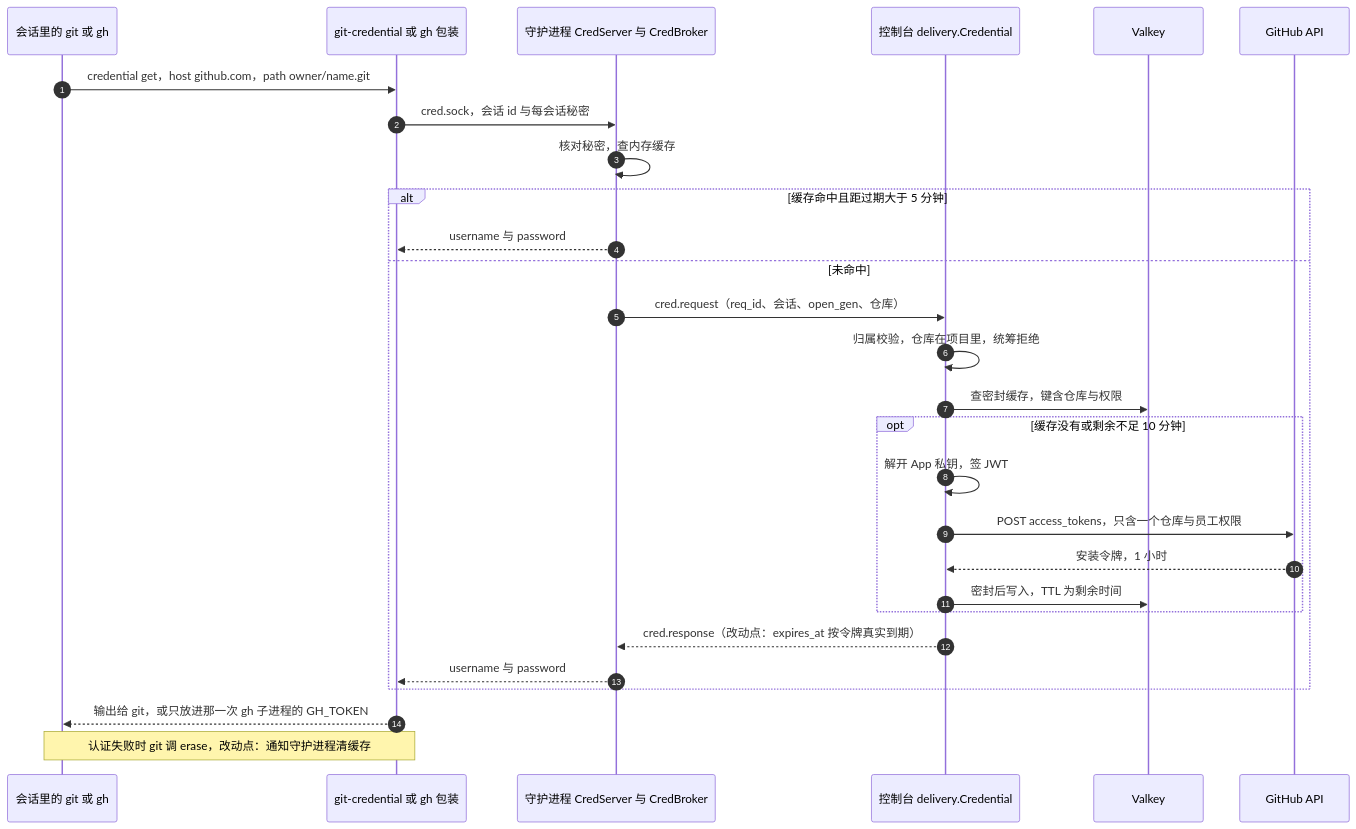
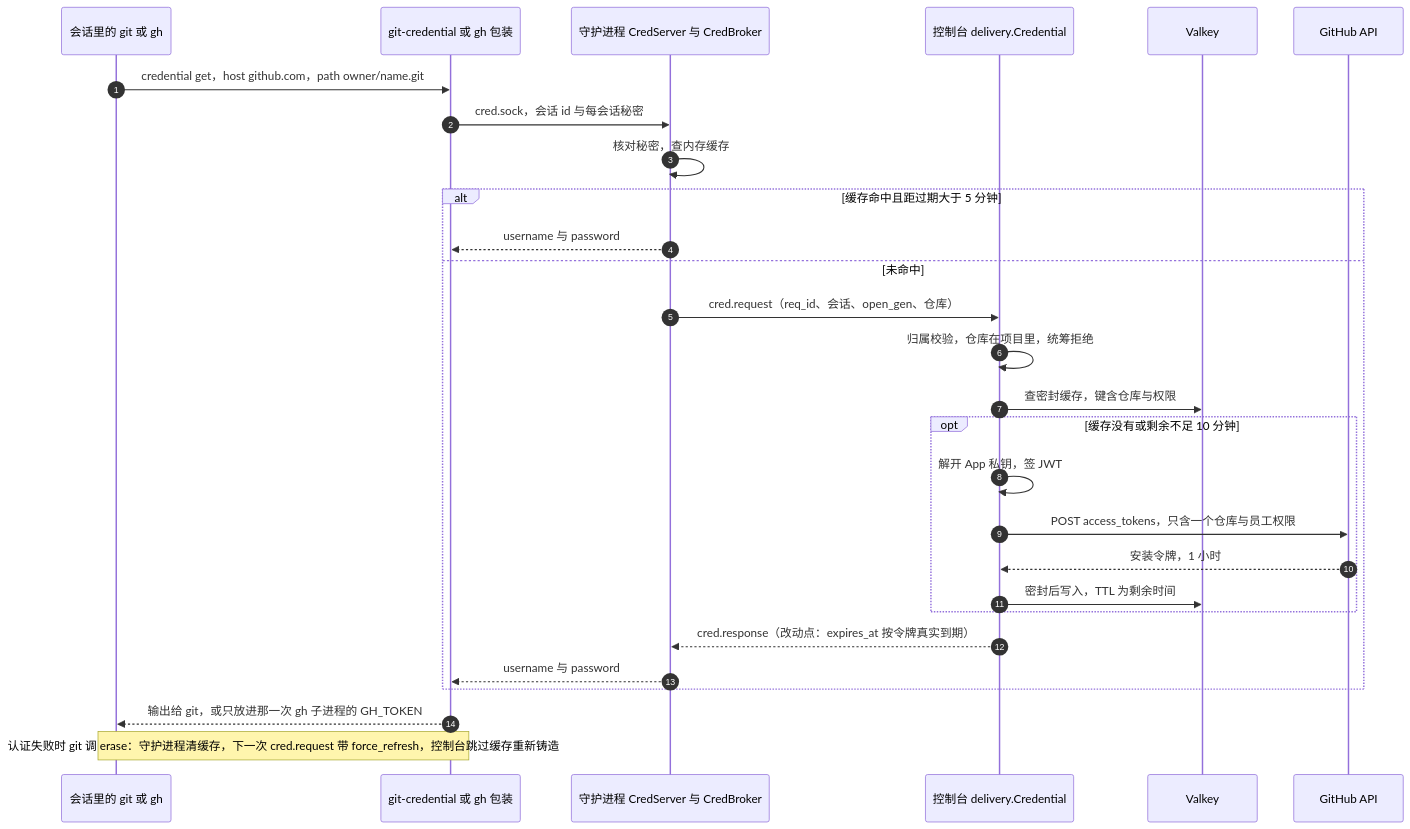
The fourth of 5 diagrams in docs/v2/remote-servers.md (touwaeriol/agent-teams), drawn with Mermaid before and after one commit. The commit also changed other lines of this file and 16 other files, not shown here.

First line of the commit message:
cred：槽位满时丢弃不阻塞读循环；erase 后 cred.request 带 force_refresh，控制台跳过缓存重铸（限流）

````diff
--- a/docs/v2/remote-servers.md
+++ b/docs/v2/remote-servers.md
@@ -600,30 +600,30 @@
 ```mermaid
 sequenceDiagram
     autonumber
     participant G as 会话里的 git 或 gh
     participant H as git-credential 或 gh 包装
     participant D as 守护进程 CredServer 与 CredBroker
     participant C as 控制台 delivery.Credential
     participant V as Valkey
     participant GH as GitHub API
     G->>H: credential get，host github.com，path owner/name.git
     H->>D: cred.sock，会话 id 与每会话秘密
     D->>D: 核对秘密，查内存缓存
     alt 缓存命中且距过期大于 5 分钟
         D-->>H: username 与 password
     else 未命中
         D->>C: cred.request（req_id、会话、open_gen、仓库）
         C->>C: 归属校验，仓库在项目里，统筹拒绝
         C->>V: 查密封缓存，键含仓库与权限
         opt 缓存没有或剩余不足 10 分钟
             C->>C: 解开 App 私钥，签 JWT
             C->>GH: POST access_tokens，只含一个仓库与员工权限
             GH-->>C: 安装令牌，1 小时
             C->>V: 密封后写入，TTL 为剩余时间
         end
         C-->>D: cred.response（改动点：expires_at 按令牌真实到期）
         D-->>H: username 与 password
     end
     H-->>G: 输出给 git，或只放进那一次 gh 子进程的 GH_TOKEN
-    Note over G,H: 认证失败时 git 调 erase，改动点：通知守护进程清缓存
+    Note over G,H: 认证失败时 git 调 erase：守护进程清缓存，下一次 cred.request 带 force_refresh，控制台跳过缓存重新铸造
 ```
````
